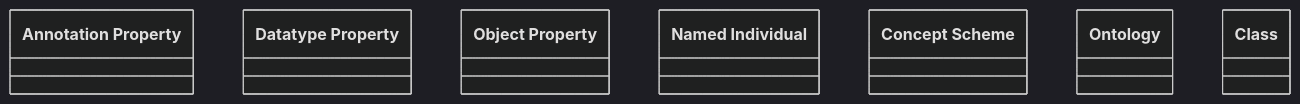
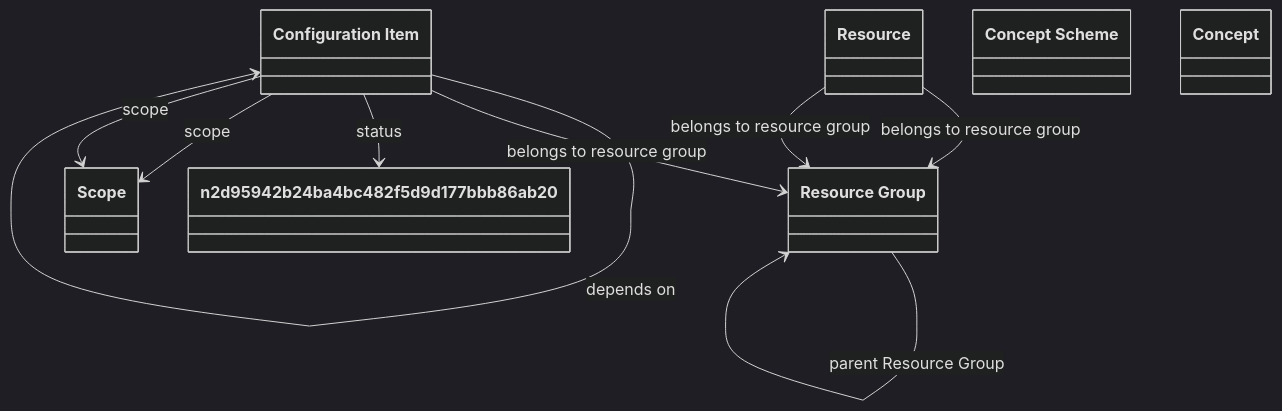
One commit to oeg-upm/Devos changed the diagram in output/ieswc_leng/core.ttl-leng-7-0-hard.md. Above: the diagram before and after it, drawn with Mermaid (dark theme). The commit also changed 267 other files, not shown here.

````diff
--- a/output/ieswc_leng/core.ttl-leng-7-0-hard.md
+++ b/output/ieswc_leng/core.ttl-leng-7-0-hard.md
@@ -1,35 +1,59 @@
 ```mermaid
 	classDiagram
 
     
-    class `Annotation Property` {
+    class `Resource Group` {
     
     }
 
-    class `Datatype Property` {
+    class `Resource` {
     
     }
 
-    class `Object Property` {
-    
-    }
-
-    class `Named Individual` {
+    class `Configuration Item` {
     
     }
 
     class `Concept Scheme` {
     
     }
 
-    class `Ontology` {
+    class `Scope` {
     
     }
 
-    class `Class` {
+    class `Concept` {
+    
+    }
+
+    class `n2d95942b24ba4bc482f5d9d177bbb86ab20` {
     
     }
 
 
 
+`Resource Group`  --> `Resource Group`   :parent Resource Group  
+
+`Configuration Item`  --> `Configuration Item`   :depends on  
+
+`Configuration Item`  --> `Resource Group`   :belongs to resource group  
+
+`Resource Group`  --> `Resource Group`   :parent Resource Group  
+
+`Resource Group`  --> `Resource Group`   :parent Resource Group  
+
+`Configuration Item`  --> `n2d95942b24ba4bc482f5d9d177bbb86ab20`   :status  
+
+`Configuration Item`  --> `Scope`   :scope  
+
+`Configuration Item`  --> `Configuration Item`   :depends on  
+
+`Configuration Item`  --> `Configuration Item`   :depends on  
+
+`Resource`  --> `Resource Group`   :belongs to resource group  
+
+`Resource`  --> `Resource Group`   :belongs to resource group  
+
+`Configuration Item`  --> `Scope`   :scope  
+
 ```
````
